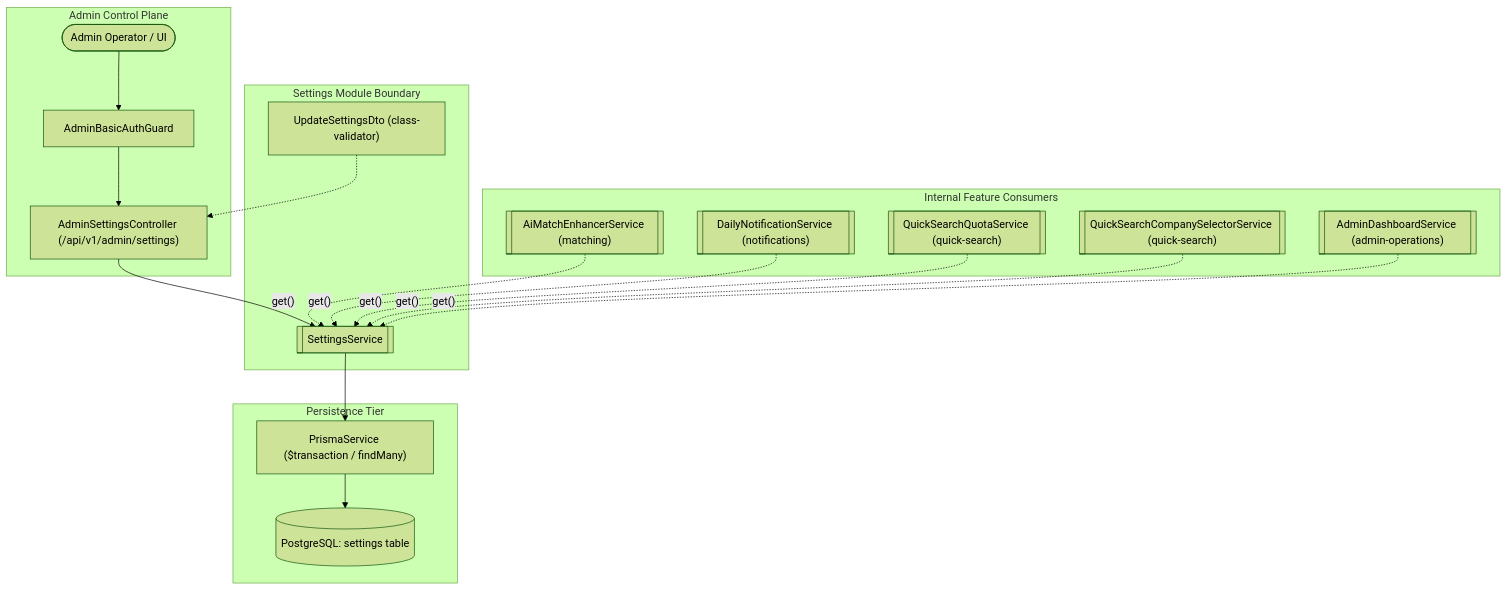
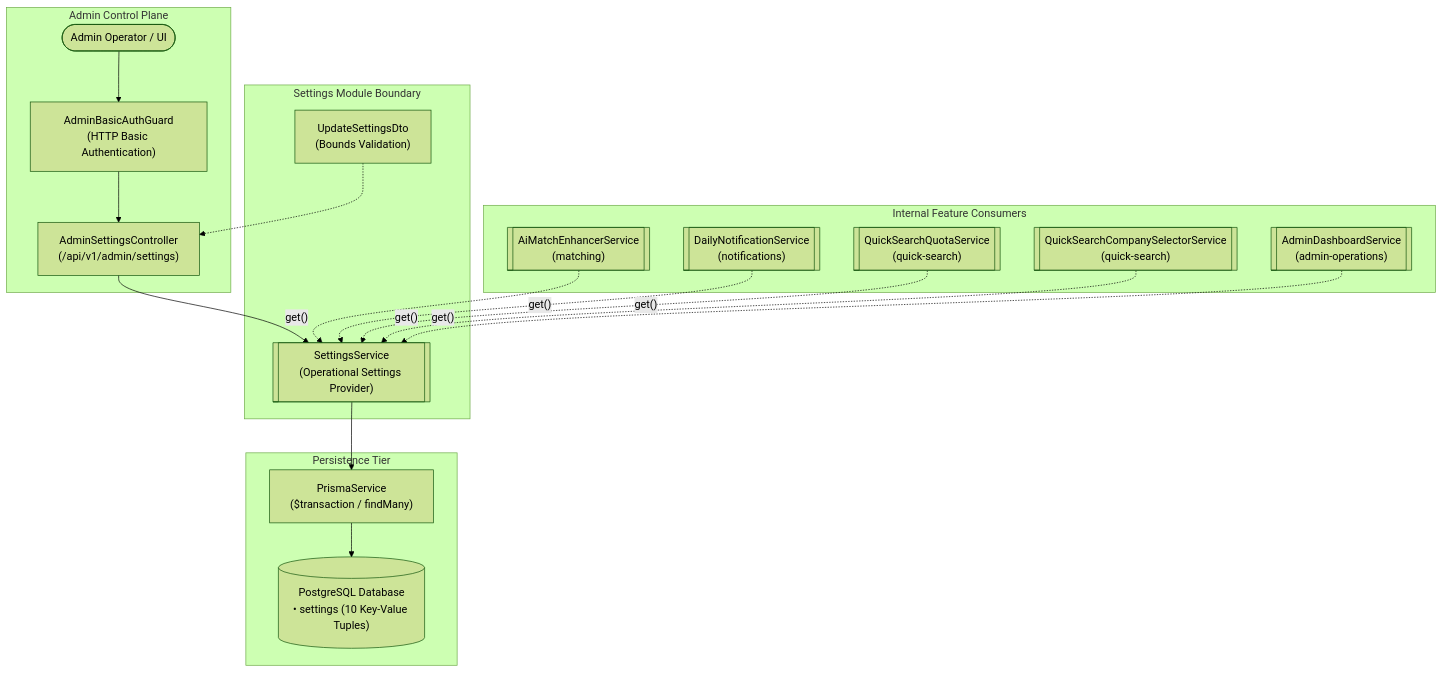
Before and after one commit to MohammadSheakh/job-intelligence: the first of 4 diagrams in backend/src/features/settings/README.md, drawn with Mermaid (forest theme). The commit also changed other lines of this file and 19 other files, not shown here.

First line of the commit message:
docs(architecture): add technical diagram specs and enhance feature READMEs

````diff
--- a/backend/src/features/settings/README.md
+++ b/backend/src/features/settings/README.md
@@ -10,25 +10,25 @@
 ```mermaid
 flowchart TD
     subgraph Administration ["Admin Control Plane"]
-        AdminUser(["Admin Operator / UI"]) --> BasicGuard["AdminBasicAuthGuard"]
-        BasicGuard --> SettingsCtrl["AdminSettingsController (/api/v1/admin/settings)"]
+        AdminUser(["Admin Operator / UI"]) --> BasicGuard["AdminBasicAuthGuard<br/>(HTTP Basic Authentication)"]
+        BasicGuard --> SettingsCtrl["AdminSettingsController<br/>(/api/v1/admin/settings)"]
     end
 
     subgraph CoreModule ["Settings Module Boundary"]
-        SettingsCtrl --> SettingsSvc[["SettingsService"]]
-        SettingsDto["UpdateSettingsDto (class-validator)"] -.-> SettingsCtrl
+        SettingsCtrl --> SettingsSvc[["SettingsService<br/>(Operational Settings Provider)"]]
+        SettingsDto["UpdateSettingsDto<br/>(Bounds Validation)"] -.-> SettingsCtrl
     end
 
     subgraph InternalConsumers ["Internal Feature Consumers"]
-        AiMatch[["AiMatchEnhancerService (matching)"]] -.->|"get()"| SettingsSvc
-        DailyNotify[["DailyNotificationService (notifications)"]] -.->|"get()"| SettingsSvc
-        QuotaSvc[["QuickSearchQuotaService (quick-search)"]] -.->|"get()"| SettingsSvc
-        SelectorSvc[["QuickSearchCompanySelectorService (quick-search)"]] -.->|"get()"| SettingsSvc
-        AdminDash[["AdminDashboardService (admin-operations)"]] -.->|"get()"| SettingsSvc
+        AiMatch[["AiMatchEnhancerService<br/>(matching)"]] -.->|"get()"| SettingsSvc
+        DailyNotify[["DailyNotificationService<br/>(notifications)"]] -.->|"get()"| SettingsSvc
+        QuotaSvc[["QuickSearchQuotaService<br/>(quick-search)"]] -.->|"get()"| SettingsSvc
+        SelectorSvc[["QuickSearchCompanySelectorService<br/>(quick-search)"]] -.->|"get()"| SettingsSvc
+        AdminDash[["AdminDashboardService<br/>(admin-operations)"]] -.->|"get()"| SettingsSvc
     end
 
     subgraph DataTier ["Persistence Tier"]
-        SettingsSvc --> Prisma["PrismaService ($transaction / findMany)"]
-        Prisma --> SettingsTable[("PostgreSQL: settings table")]
+        SettingsSvc --> Prisma["PrismaService<br/>($transaction / findMany)"]
+        Prisma --> SettingsTable[("PostgreSQL Database<br/>• settings (10 Key-Value Tuples)")]
     end
 ```
````
